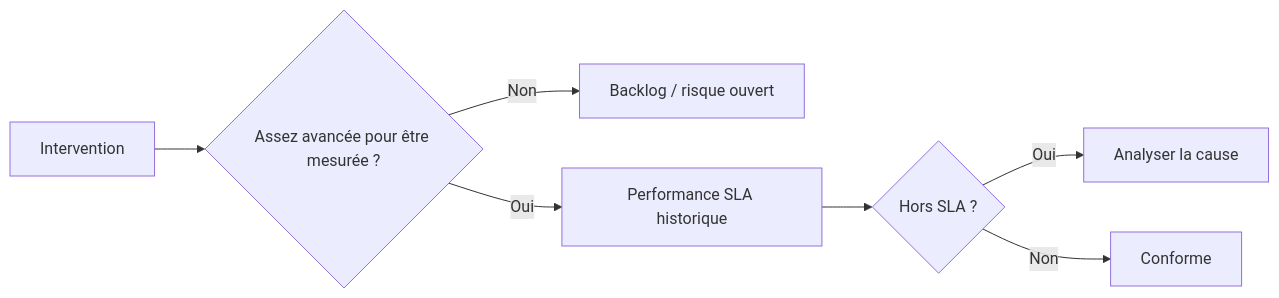
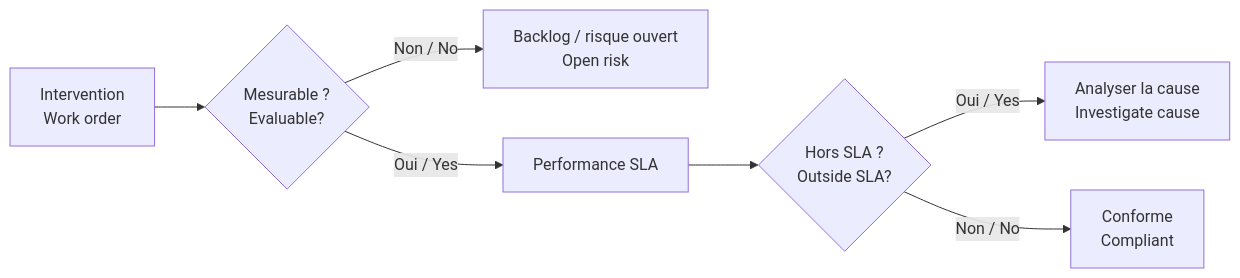
Before and after one commit to jeffersonkuku/powerbi-portfolio-projects: the diagram in powerbi-sla-penalties-portfolio/docs/SLA_LOGIC.md, drawn with Mermaid. The commit also changed other lines of this file and 8 other files, not shown here.

````diff
--- a/powerbi-sla-penalties-portfolio/docs/SLA_LOGIC.md
+++ b/powerbi-sla-penalties-portfolio/docs/SLA_LOGIC.md
@@ -35,9 +8,9 @@
 ```mermaid
 flowchart LR
-    A[Intervention] --> B{Assez avancée pour être mesurée ?}
-    B -->|Non| C[Backlog / risque ouvert]
-    B -->|Oui| D[Performance SLA historique]
-    D --> E{Hors SLA ?}
-    E -->|Oui| F[Analyser la cause]
-    E -->|Non| G[Conforme]
+    A[Intervention<br/>Work order] --> B{Mesurable ?<br/>Evaluable?}
+    B -->|Non / No| C[Backlog / risque ouvert<br/>Open risk]
+    B -->|Oui / Yes| D[Performance SLA]
+    D --> E{Hors SLA ?<br/>Outside SLA?}
+    E -->|Oui / Yes| F[Analyser la cause<br/>Investigate cause]
+    E -->|Non / No| G[Conforme<br/>Compliant]
 ```
````
